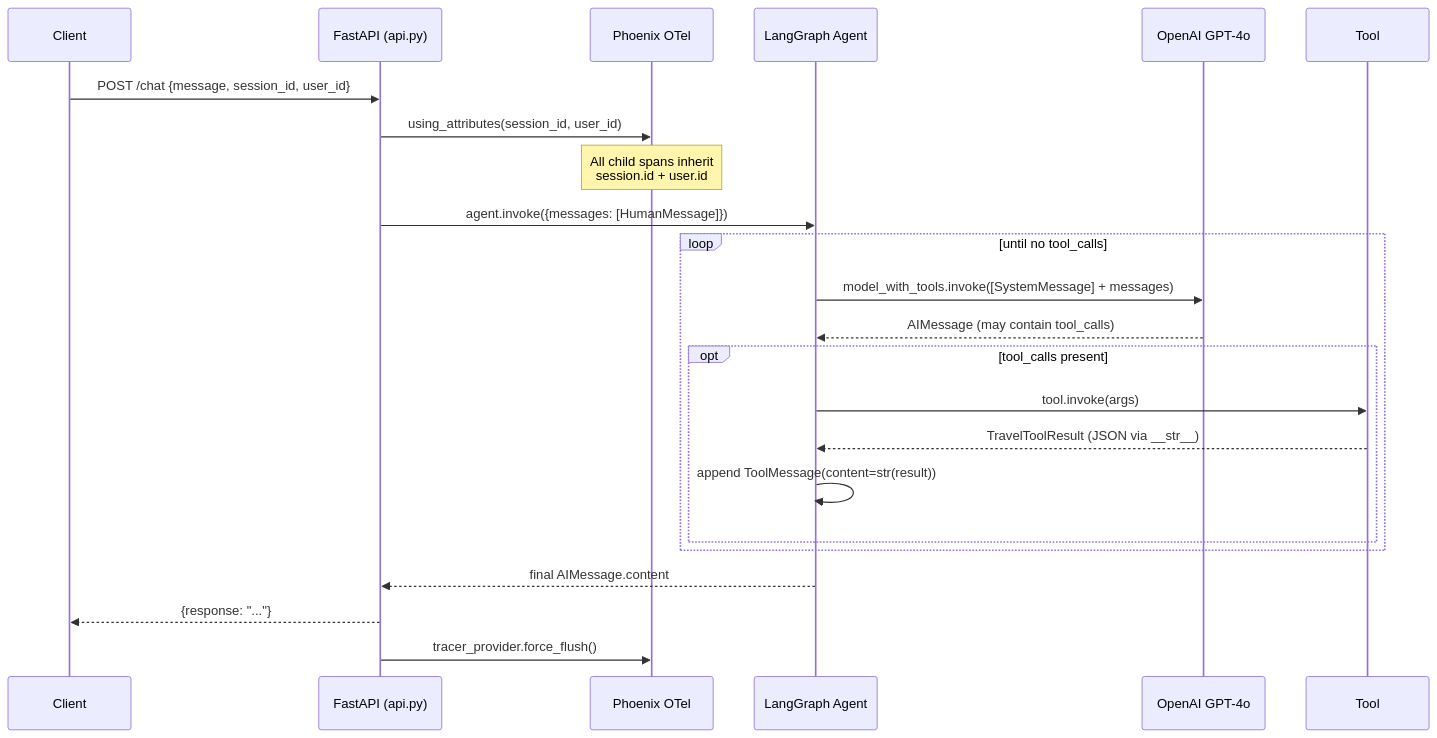
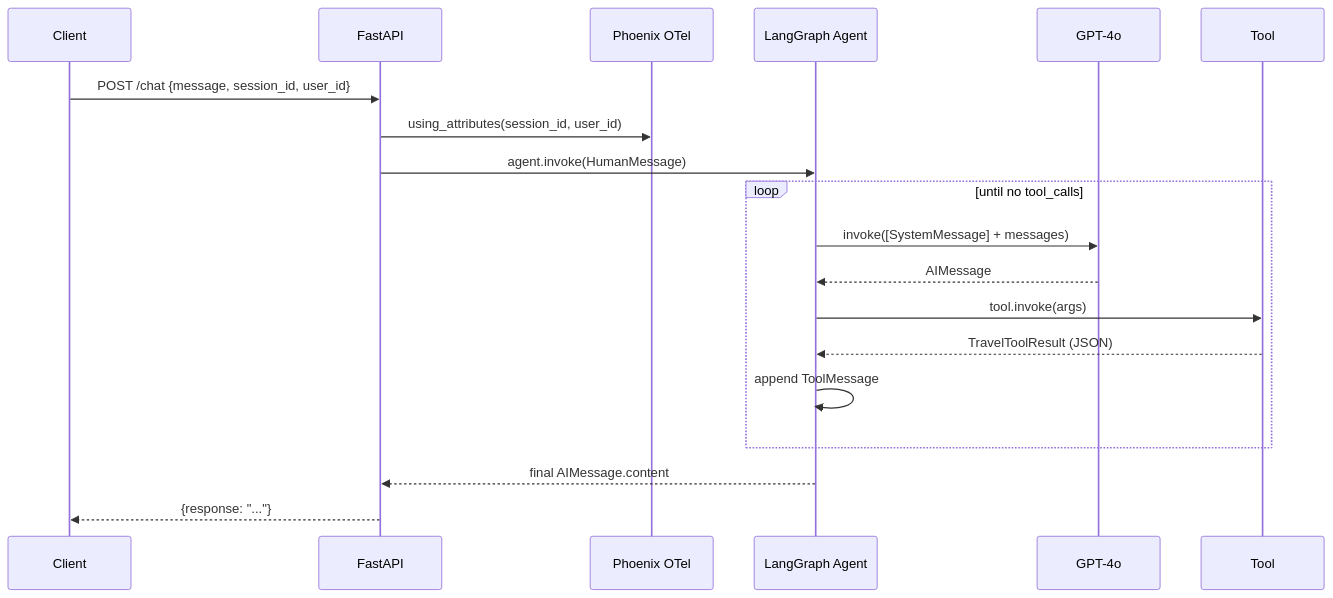
The second of 4 diagrams in ARCHITECTURE.md (kmoonwright/travel-agent), drawn with Mermaid before and after one commit. The commit also changed other lines of this file, not shown here.

First line of the commit message:
docs: simplify architecture diagrams, remove tool and span detail sections

````diff
--- a/ARCHITECTURE.md
+++ b/ARCHITECTURE.md
@@ -53,30 +40,26 @@
 ```mermaid
 sequenceDiagram
     participant C as Client
-    participant F as FastAPI (api.py)
+    participant F as FastAPI
     participant P as Phoenix OTel
     participant G as LangGraph Agent
-    participant O as OpenAI GPT-4o
+    participant O as GPT-4o
     participant T as Tool
 
     C->>F: POST /chat {message, session_id, user_id}
     F->>P: using_attributes(session_id, user_id)
-    Note over P: All child spans inherit<br/>session.id + user.id
 
-    F->>G: agent.invoke({messages: [HumanMessage]})
+    F->>G: agent.invoke(HumanMessage)
 
     loop until no tool_calls
-        G->>O: model_with_tools.invoke([SystemMessage] + messages)
-        O-->>G: AIMessage (may contain tool_calls)
+        G->>O: invoke([SystemMessage] + messages)
+        O-->>G: AIMessage
 
-        opt tool_calls present
-            G->>T: tool.invoke(args)
-            T-->>G: TravelToolResult (JSON via __str__)
-            G->>G: append ToolMessage(content=str(result))
-        end
+        G->>T: tool.invoke(args)
+        T-->>G: TravelToolResult (JSON)
+        G->>G: append ToolMessage
     end
 
     G-->>F: final AIMessage.content
     F-->>C: {response: "..."}
-    F->>P: tracer_provider.force_flush()
 ```
````
